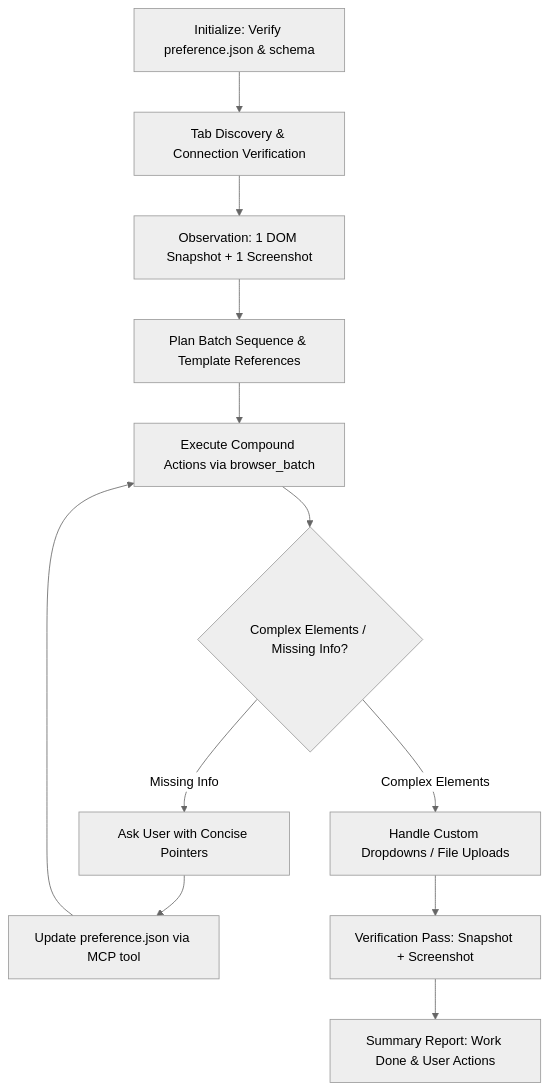
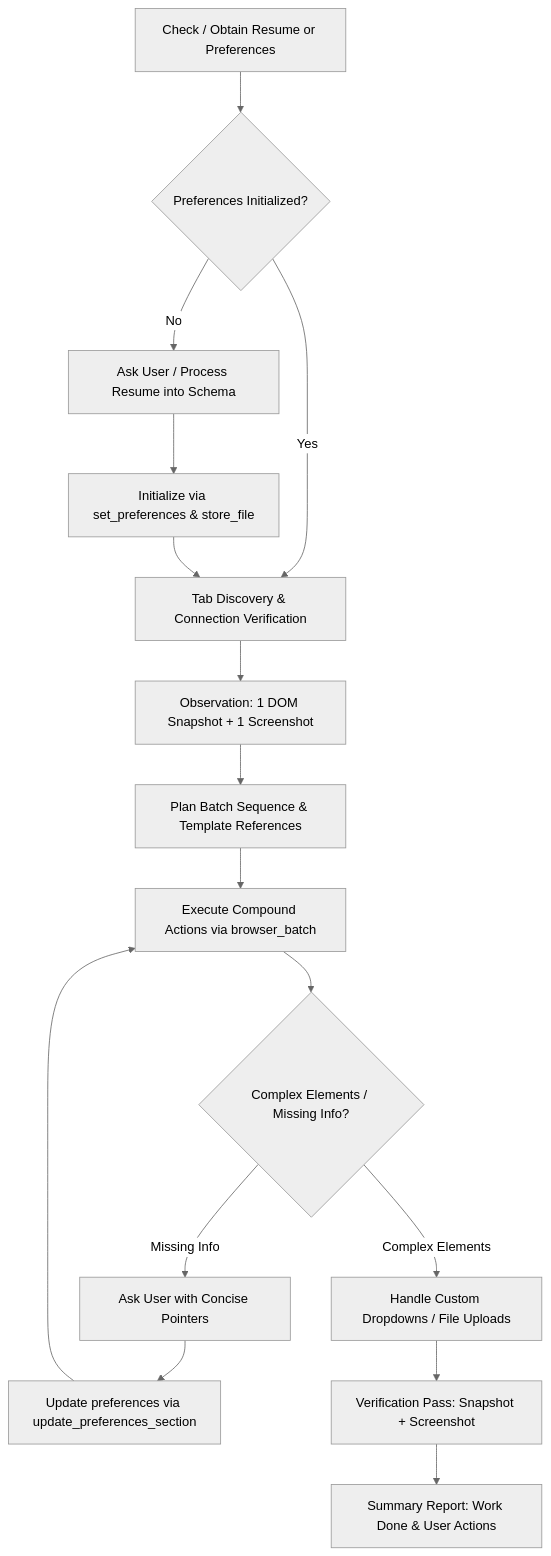
Before and after one commit to fschatbot/Resumate: the diagram in .agents/skills/autoresume-job-autofill/SKILL.md, drawn with Mermaid (neutral theme). The commit also changed other lines of this file and 4 other files, not shown here.

````diff
--- a/.agents/skills/autoresume-job-autofill/SKILL.md
+++ b/.agents/skills/autoresume-job-autofill/SKILL.md
@@ -15,14 +18,18 @@
 ```mermaid
 flowchart TD
-    A["Initialize: Verify preference.json & schema"] --> B["Tab Discovery & Connection Verification"]
-    B --> C["Observation: 1 DOM Snapshot + 1 Screenshot"]
-    C --> D["Plan Batch Sequence & Template References"]
-    D --> E["Execute Compound Actions via browser_batch"]
-    E --> F{"Complex Elements / Missing Info?"}
-    F -->|"Missing Info"| G["Ask User with Concise Pointers"]
-    G --> H["Update preference.json via MCP tool"]
-    H --> E
-    F -->|"Complex Elements"| I["Handle Custom Dropdowns / File Uploads"]
-    I --> J["Verification Pass: Snapshot + Screenshot"]
-    J --> K["Summary Report: Work Done & User Actions"]
+    A["Check / Obtain Resume or Preferences"] --> B{"Preferences Initialized?"}
+    B -->|"No"| C["Ask User / Process Resume into Schema"]
+    C --> D["Initialize via set_preferences & store_file"]
+    B -->|"Yes"| E["Tab Discovery & Connection Verification"]
+    D --> E
+    E --> F["Observation: 1 DOM Snapshot + 1 Screenshot"]
+    F --> G["Plan Batch Sequence & Template References"]
+    G --> H["Execute Compound Actions via browser_batch"]
+    H --> I{"Complex Elements / Missing Info?"}
+    I -->|"Missing Info"| J["Ask User with Concise Pointers"]
+    J --> K["Update preferences via update_preferences_section"]
+    K --> H
+    I -->|"Complex Elements"| L["Handle Custom Dropdowns / File Uploads"]
+    L --> M["Verification Pass: Snapshot + Screenshot"]
+    M --> N["Summary Report: Work Done & User Actions"]
 ```
````
